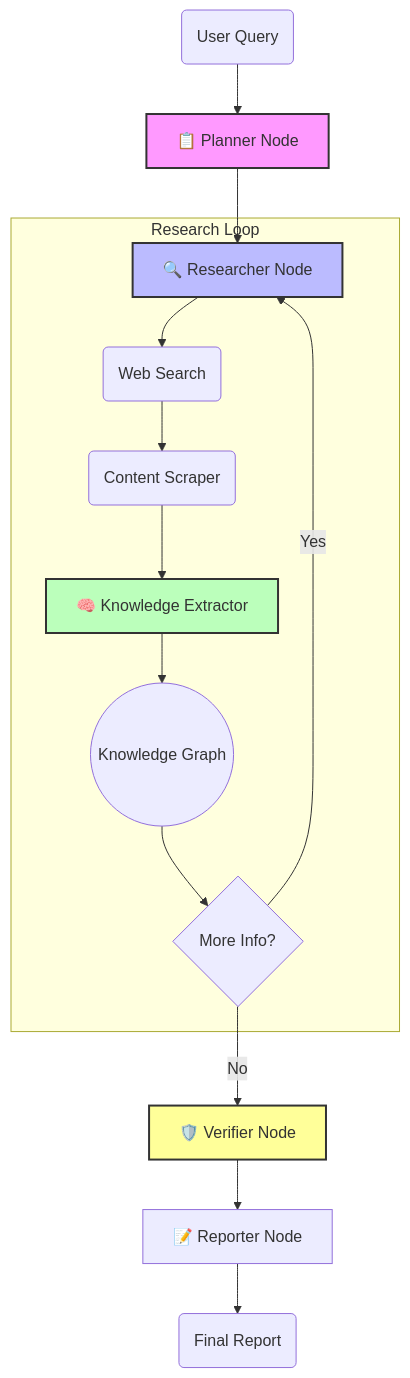
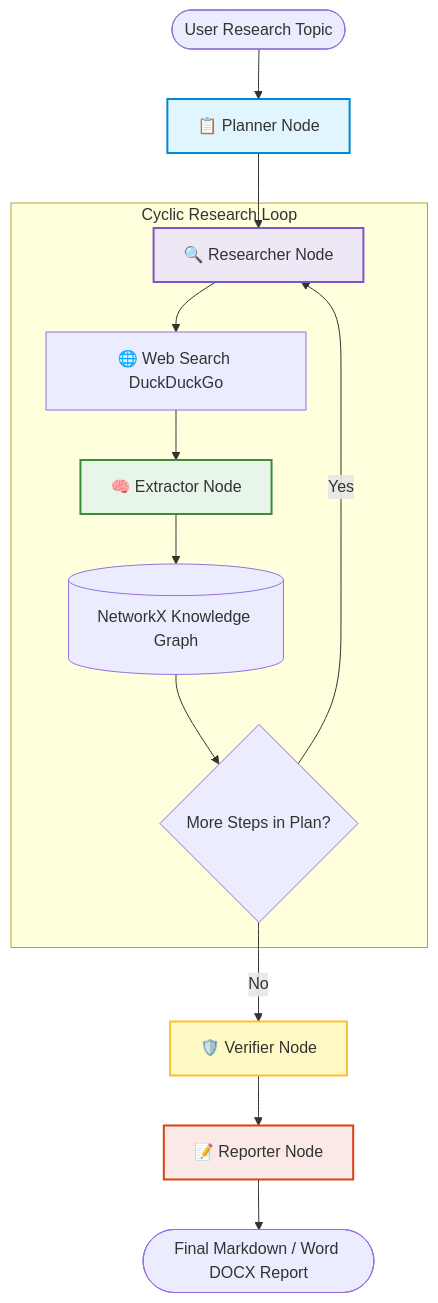
The diagram in README.md (luckyramguguloth/Autonomous-Research-Agent), drawn with Mermaid before and after one commit. The commit also changed other lines of this file and 2 other files, not shown here.

````diff
--- a/README.md
+++ b/README.md
@@ -41,24 +42,23 @@
 ```mermaid
 graph TD
-    User(User Query) --> Planner[📋 Planner Node]
+    User([User Research Topic]) --> Planner[📋 Planner Node]
     Planner --> Researcher[🔍 Researcher Node]
-    
-    subgraph "Research Loop"
-        Researcher --> Search(Web Search)
-        Search --> Scraper(Content Scraper)
-        Scraper --> Extractor[🧠 Knowledge Extractor]
-        Extractor --> Graph((Knowledge Graph))
-        Graph --> Decision{More Info?}
-        
-        Decision -- Yes --> Researcher
+
+    subgraph "Cyclic Research Loop"
+        Researcher --> Search[🌐 Web Search DuckDuckGo]
+        Search --> Extractor[🧠 Extractor Node]
+        Extractor --> Graph[(NetworkX Knowledge Graph)]
+        Graph --> Condition{More Steps in Plan?}
+        Condition -- Yes --> Researcher
     end
-    
-    Decision -- No --> Verifier[🛡️ Verifier Node]
+
+    Condition -- No --> Verifier[🛡️ Verifier Node]
     Verifier --> Reporter[📝 Reporter Node]
-    Reporter --> Output(Final Report)
+    Reporter --> Report([Final Markdown / Word DOCX Report])
 
-    style Planner fill:#f9f,stroke:#333,stroke-width:2px
-    style Researcher fill:#bbf,stroke:#333,stroke-width:2px
-    style Extractor fill:#bfb,stroke:#333,stroke-width:2px
-    style Verifier fill:#ff9,stroke:#333,stroke-width:2px
+    style Planner fill:#e1f5fe,stroke:#0288d1,stroke-width:2px
+    style Researcher fill:#ede7f6,stroke:#7e57c2,stroke-width:2px
+    style Extractor fill:#e8f5e9,stroke:#388e3c,stroke-width:2px
+    style Verifier fill:#fff9c4,stroke:#fbc02d,stroke-width:2px
+    style Reporter fill:#fbe9e7,stroke:#d84315,stroke-width:2px
 ```
````
